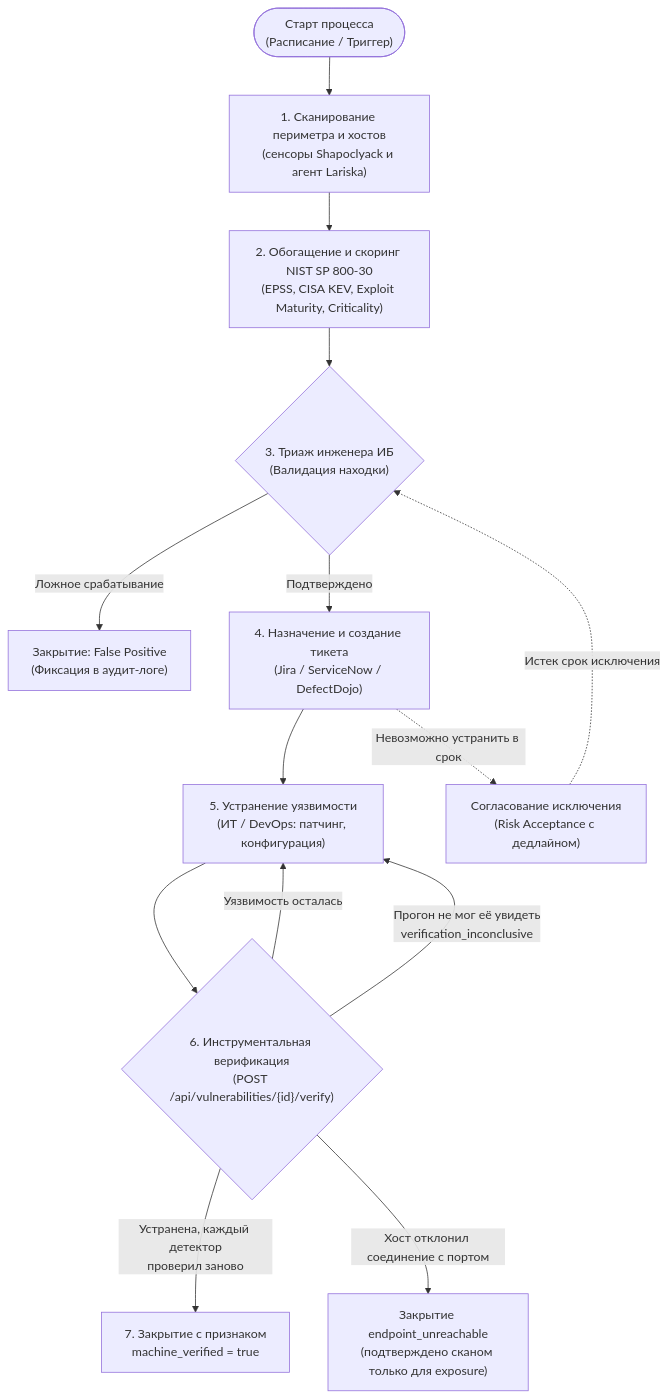
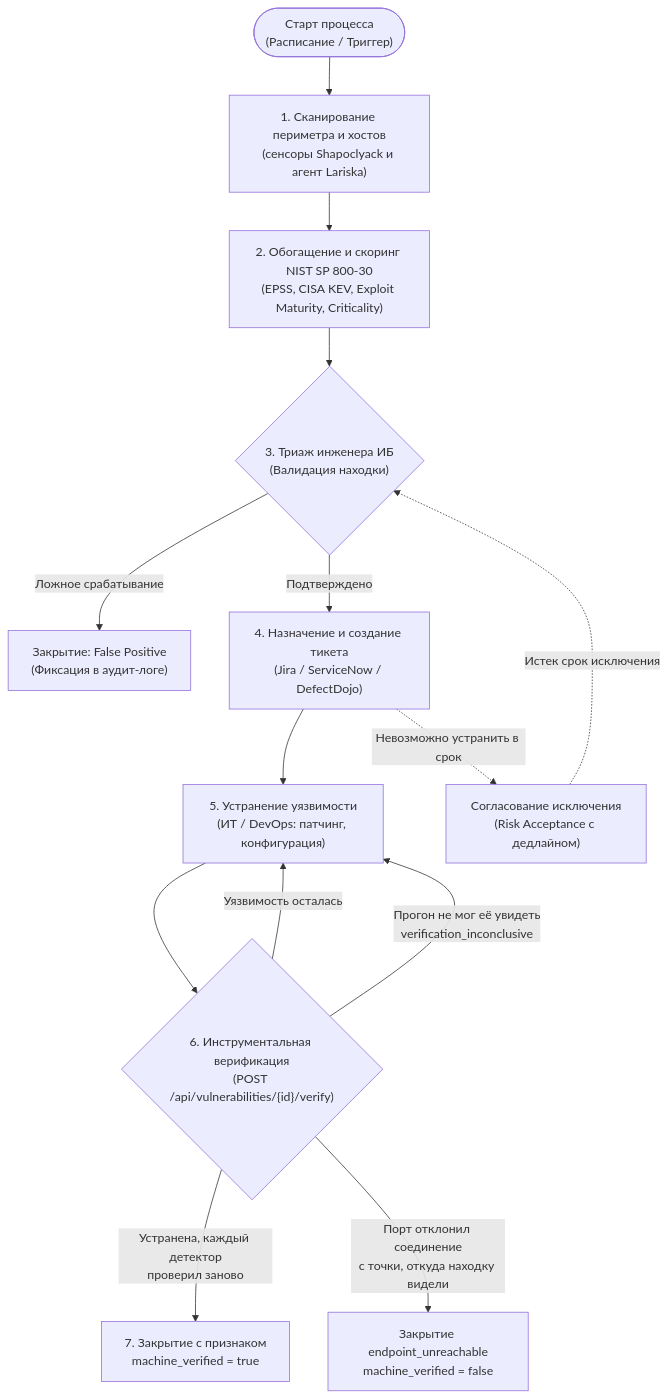
One commit to onixus/Shapoclyack changed the first of 3 diagrams in docs/wiki/security-processes.md. Above: the diagram before and after it, drawn with Mermaid. The commit also changed 9 other files, not shown here.

First line of the commit message:
docs: endpoint_unreachable is not reachable from a vantage, never machine-verified

````diff
--- a/docs/wiki/security-processes.md
+++ b/docs/wiki/security-processes.md
@@ -15,20 +15,20 @@
 ```mermaid
 flowchart TD
     Start(["Старт процесса<br/>(Расписание / Триггер)"]) --> Scan["1. Сканирование периметра и хостов<br/>(сенсоры Shapoclyack и агент Lariska)"]
     Scan --> Enrich["2. Обогащение и скоринг NIST SP 800-30<br/>(EPSS, CISA KEV, Exploit Maturity, Criticality)"]
     Enrich --> Triage{"3. Триаж инженера ИБ<br/>(Валидация находки)"}
     
     Triage -->|Ложное срабатывание| FP["Закрытие: False Positive<br/>(Фиксация в аудит-логе)"]
     Triage -->|Подтверждено| Ticket["4. Назначение и создание тикета<br/>(Jira / ServiceNow / DefectDojo)"]
     
     Ticket --> Fix["5. Устранение уязвимости<br/>(ИТ / DevOps: патчинг, конфигурация)"]
     Fix --> Verify{"6. Инструментальная верификация<br/>(POST /api/vulnerabilities/{id}/verify)"}
     
     Verify -->|Уязвимость осталась| Fix
     Verify -->|Прогон не мог её увидеть<br/>verification_inconclusive| Fix
     Verify -->|Устранена, каждый детектор<br/>проверил заново| Close["7. Закрытие с признаком<br/>machine_verified = true"]
-    Verify -->|Хост отклонил соединение с портом| Unreach["Закрытие endpoint_unreachable<br/>(подтверждено сканом только для exposure)"]
+    Verify -->|Порт отклонил соединение<br/>с точки, откуда находку видели| Unreach["Закрытие endpoint_unreachable<br/>machine_verified = false"]
     
     Ticket -.->|Невозможно устранить в срок| Except["Согласование исключения<br/>(Risk Acceptance с дедлайном)"]
     Except -.->|Истек срок исключения| Triage
 ```
````
